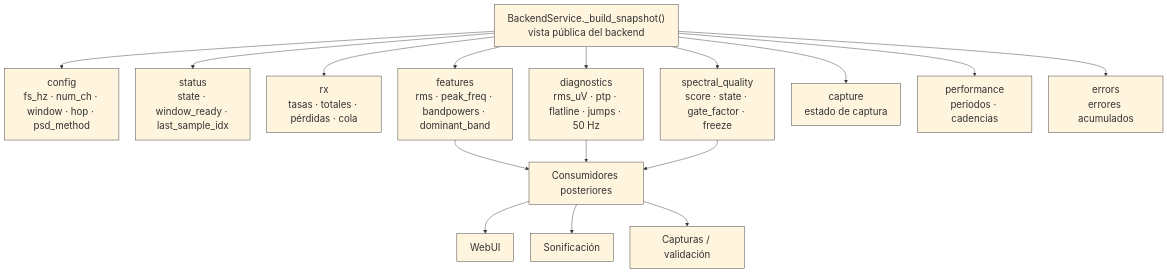
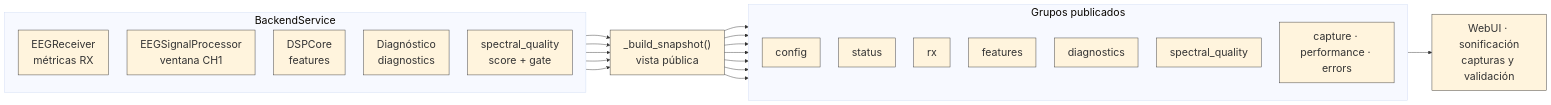
The diagram in TFG_EEG_MIDI/images/uml/impl_backend_snapshot_schema.mmd (valtorresm97/REDACCION-TFG), drawn with Mermaid before and after one commit.

Commit message:
Restyle backend snapshot Mermaid diagram

```diff
--- a/TFG_EEG_MIDI/images/uml/impl_backend_snapshot_schema.mmd
+++ b/TFG_EEG_MIDI/images/uml/impl_backend_snapshot_schema.mmd
@@ -1,20 +1,37 @@
-%%{init: {"theme": "base", "themeVariables": {"fontSize": "22px", "fontFamily": "Arial", "primaryBorderColor": "#333333", "lineColor": "#333333"}, "flowchart": {"htmlLabels": true, "nodeSpacing": 38, "rankSpacing": 50, "curve": "basis"}}}%%
-flowchart TB
-  snapshot["BackendService._build_snapshot()<br/>vista pública del backend"]
+%%{init: {"theme": "base", "themeVariables": {"fontSize": "24px", "fontFamily": "Arial", "primaryBorderColor": "#333333", "lineColor": "#333333"}, "flowchart": {"htmlLabels": true, "nodeSpacing": 42, "rankSpacing": 55, "curve": "basis"}}}%%
+flowchart LR
+  subgraph backend["BackendService"]
+    direction TB
+    rx["EEGReceiver<br/>métricas RX"]
+    proc["EEGSignalProcessor<br/>ventana CH1"]
+    dsp["DSPCore<br/>features"]
+    diag["Diagnóstico<br/>diagnostics"]
+    qual["spectral_quality<br/>score + gate"]
+  end
 
-  snapshot --> config["config<br/>fs_hz · num_ch · window · hop · psd_method"]
-  snapshot --> status["status<br/>state · window_ready · last_sample_idx"]
-  snapshot --> rx["rx<br/>tasas · totales · pérdidas · cola"]
-  snapshot --> features["features<br/>rms · peak_freq · bandpowers · dominant_band"]
-  snapshot --> diagnostics["diagnostics<br/>rms_uV · ptp · flatline · jumps · 50 Hz"]
-  snapshot --> quality["spectral_quality<br/>score · state · gate_factor · freeze"]
-  snapshot --> capture["capture<br/>estado de captura"]
-  snapshot --> performance["performance<br/>periodos · cadencias"]
-  snapshot --> errors["errors<br/>errores acumulados"]
+  rx --> snap["_build_snapshot()<br/>vista pública"]
+  proc --> snap
+  dsp --> snap
+  diag --> snap
+  qual --> snap
 
-  features --> consumers["Consumidores posteriores"]
-  diagnostics --> consumers
-  quality --> consumers
-  consumers --> web["WebUI"]
-  consumers --> sonif["Sonificación"]
-  consumers --> captures["Capturas / validación"]
+  subgraph snapshot["Grupos publicados"]
+    direction TB
+    cfg["config"]
+    st["status"]
+    rxg["rx"]
+    feat["features"]
+    diagg["diagnostics"]
+    qg["spectral_quality"]
+    aux["capture · performance · errors"]
+  end
+
+  snap --> cfg
+  snap --> st
+  snap --> rxg
+  snap --> feat
+  snap --> diagg
+  snap --> qg
+  snap --> aux
+
+  snapshot --> consumers["WebUI · sonificación<br/>capturas y validación"]
```
